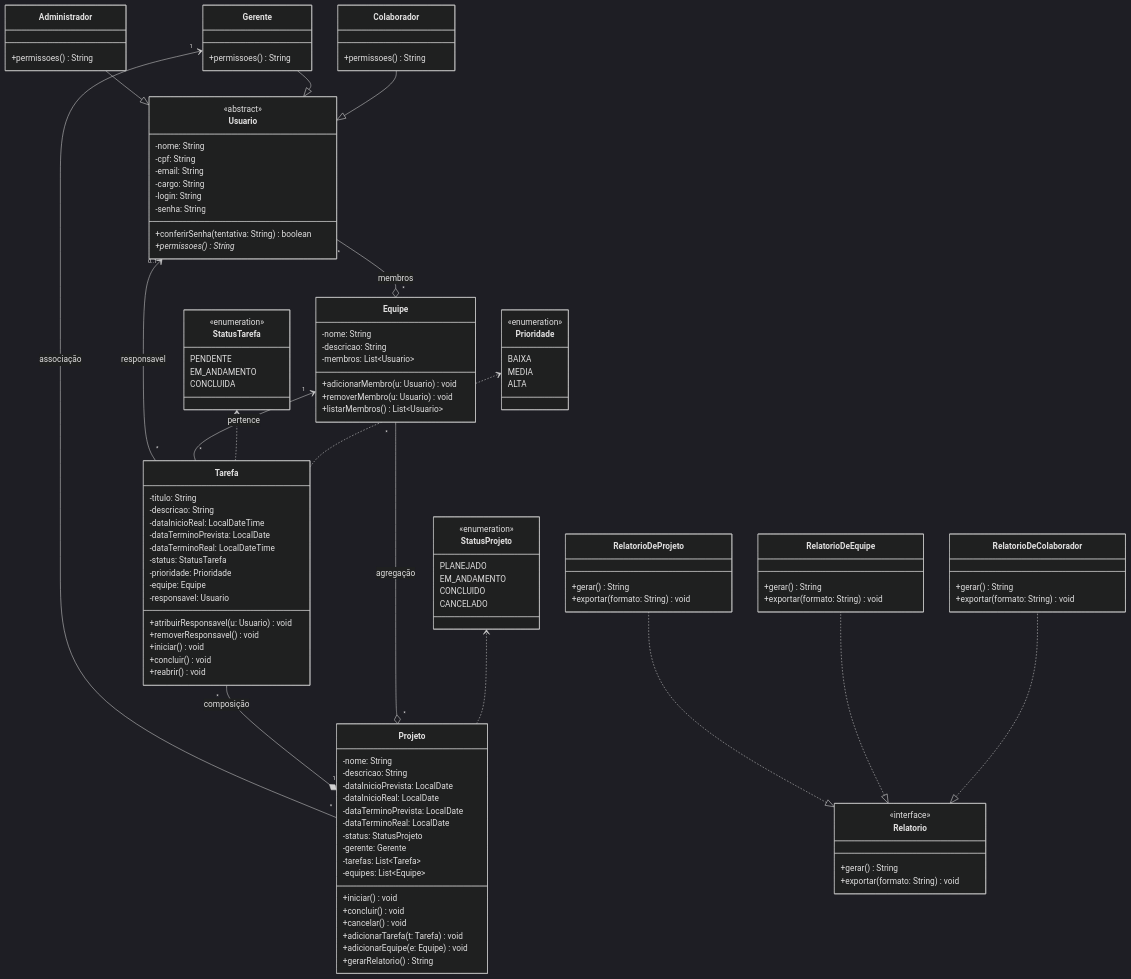
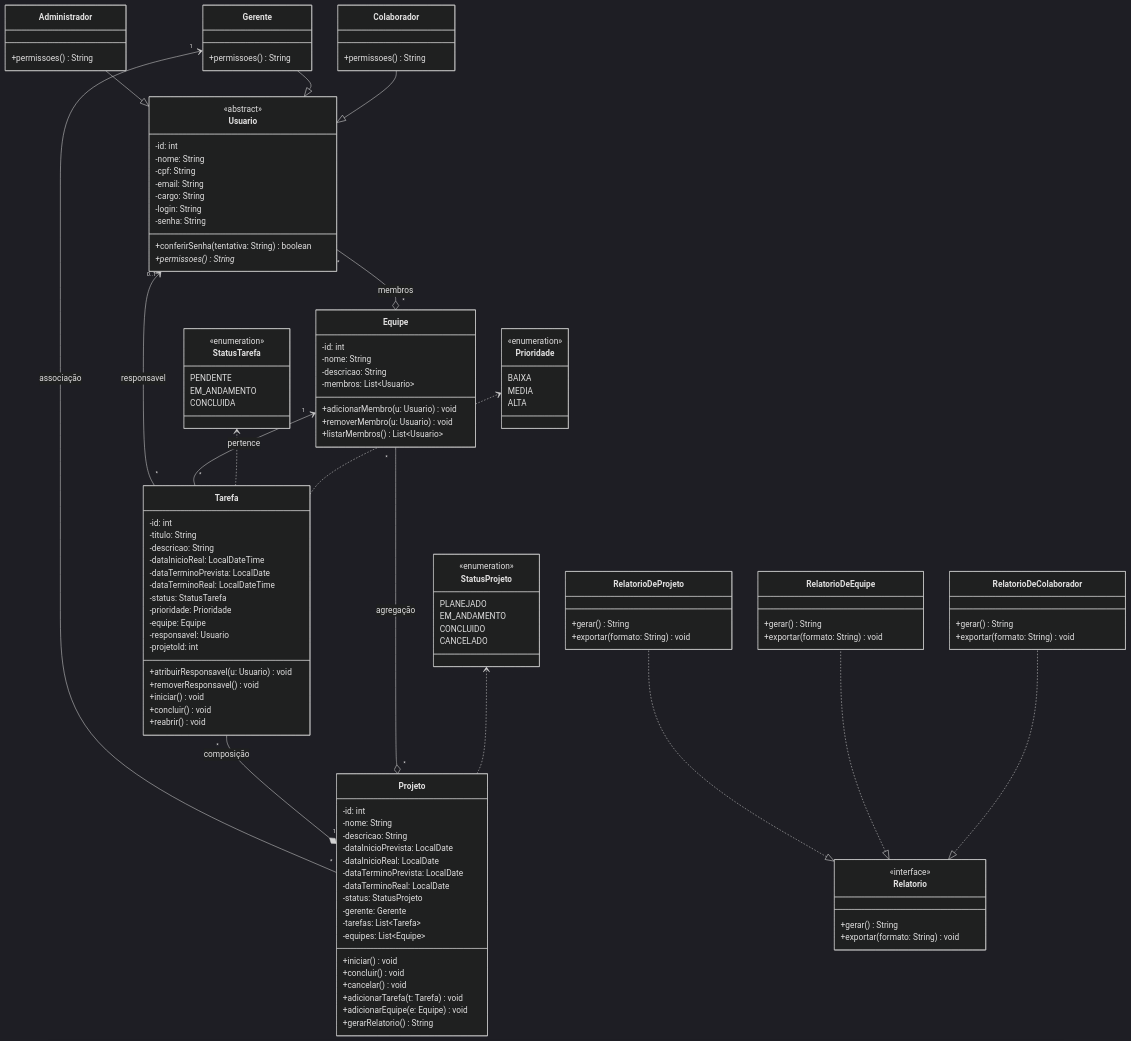
Before and after one commit to nbzabeu-coder/A3_GestaoProjetos: the diagram in design/diagrama-classes.md, drawn with Mermaid (dark theme). The commit also changed 2 other files, not shown here.

Commit message:
Adiciona TarefaDAO e conclui a camada DAO (Tarefa 6)

```diff
--- a/design/diagrama-classes.md
+++ b/design/diagrama-classes.md
@@ -10,6 +10,7 @@
 
     class Usuario {
         <<abstract>>
+        -id: int
         -nome: String
         -cpf: String
         -email: String
@@ -34,6 +35,7 @@
     }
 
     class Projeto {
+        -id: int
         -nome: String
         -descricao: String
         -dataInicioPrevista: LocalDate
@@ -53,6 +55,7 @@
     }
 
     class Equipe {
+        -id: int
         -nome: String
         -descricao: String
         -membros: List~Usuario~
@@ -62,6 +65,7 @@
     }
 
     class Tarefa {
+        -id: int
         -titulo: String
         -descricao: String
         -dataInicioReal: LocalDateTime
@@ -71,6 +75,7 @@
         -prioridade: Prioridade
         -equipe: Equipe
         -responsavel: Usuario
+        -projetoId: int
         +atribuirResponsavel(u: Usuario) void
         +removerResponsavel() void
         +iniciar() void
```
